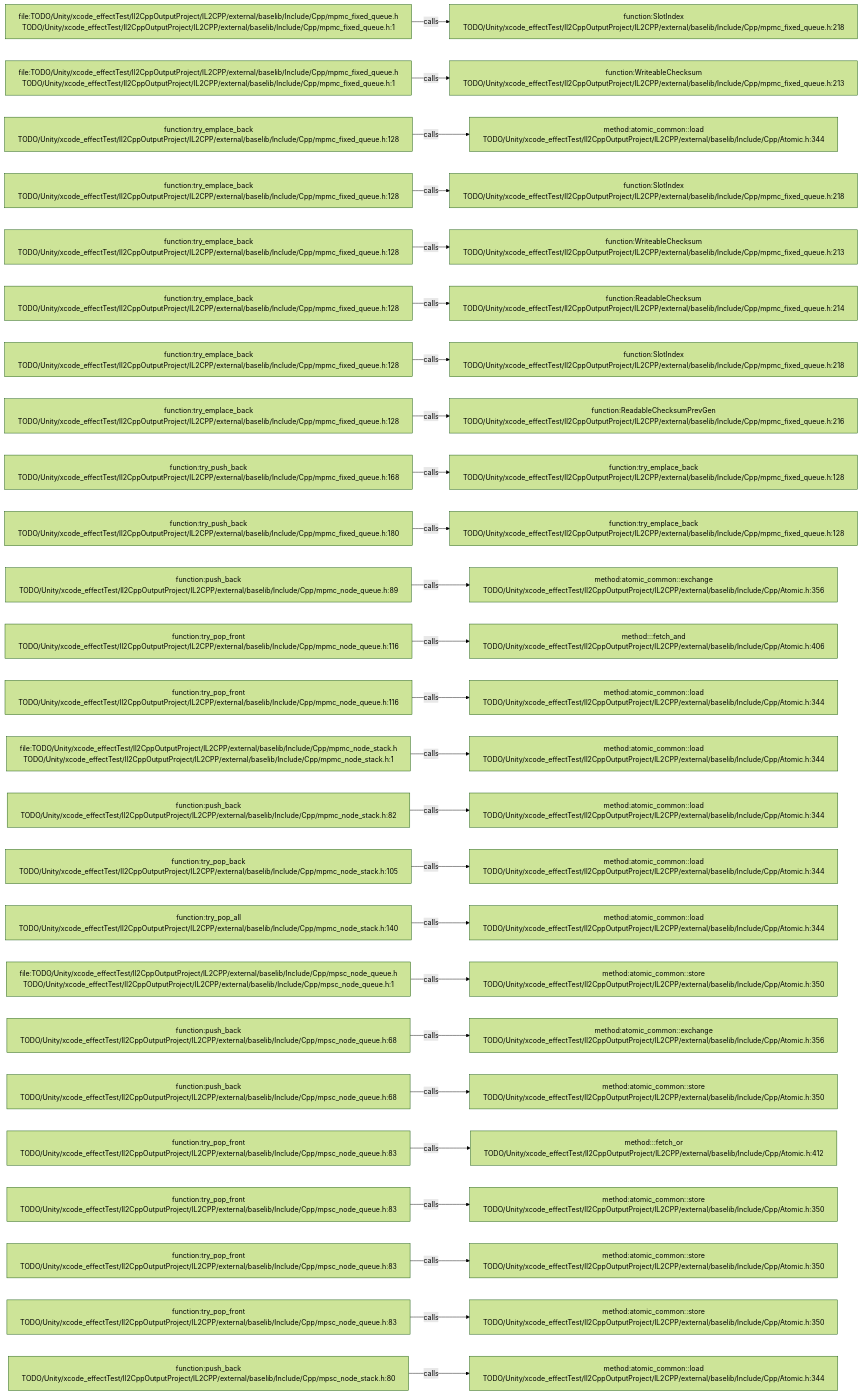
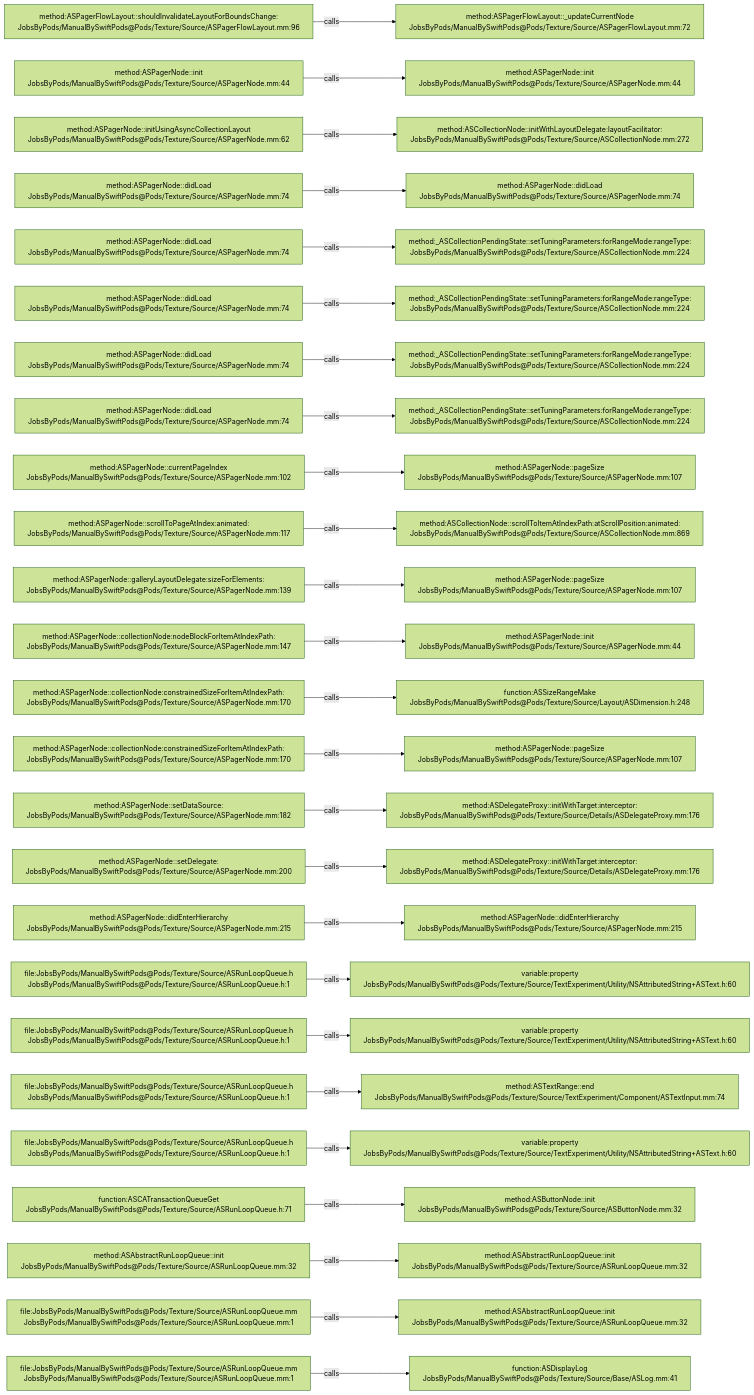
Before and after one commit to JobsKits/JobsSwiftBaseConfigDemo: the diagram in .codegraph/codegraph.md/graphs/calls-071.md, drawn with Mermaid (forest theme). The commit also changed 2959 other files, not shown here.

````diff
--- a/.codegraph/codegraph.md/graphs/calls-071.md
+++ b/.codegraph/codegraph.md/graphs/calls-071.md
@@ -13,78 +13,78 @@
 ```mermaid
 flowchart LR
-  S1["file:TODO/Unity/xcode_effectTest/Il2CppOutputProject/IL2CPP/external/baselib/Include/Cpp/mpmc_fixed_queue.h<br/>TODO/Unity/xcode_effectTest/Il2CppOutputProject/IL2CPP/external/baselib/Include/Cpp/mpmc_fixed_queue.h:1"]
-  T1["function:SlotIndex<br/>TODO/Unity/xcode_effectTest/Il2CppOutputProject/IL2CPP/external/baselib/Include/Cpp/mpmc_fixed_queue.h:218"]
+  S1["method:ASPagerFlowLayout::shouldInvalidateLayoutForBoundsChange:<br/>JobsByPods/ManualBySwiftPods@Pods/Texture/Source/ASPagerFlowLayout.mm:96"]
+  T1["method:ASPagerFlowLayout::_updateCurrentNode<br/>JobsByPods/ManualBySwiftPods@Pods/Texture/Source/ASPagerFlowLayout.mm:72"]
   S1 -->|calls| T1
-  S2["file:TODO/Unity/xcode_effectTest/Il2CppOutputProject/IL2CPP/external/baselib/Include/Cpp/mpmc_fixed_queue.h<br/>TODO/Unity/xcode_effectTest/Il2CppOutputProject/IL2CPP/external/baselib/Include/Cpp/mpmc_fixed_queue.h:1"]
-  T2["function:WriteableChecksum<br/>TODO/Unity/xcode_effectTest/Il2CppOutputProject/IL2CPP/external/baselib/Include/Cpp/mpmc_fixed_queue.h:213"]
+  S2["method:ASPagerNode::init<br/>JobsByPods/ManualBySwiftPods@Pods/Texture/Source/ASPagerNode.mm:44"]
+  T2["method:ASPagerNode::init<br/>JobsByPods/ManualBySwiftPods@Pods/Texture/Source/ASPagerNode.mm:44"]
   S2 -->|calls| T2
-  S3["function:try_emplace_back<br/>TODO/Unity/xcode_effectTest/Il2CppOutputProject/IL2CPP/external/baselib/Include/Cpp/mpmc_fixed_queue.h:128"]
-  T3["method:atomic_common::load<br/>TODO/Unity/xcode_effectTest/Il2CppOutputProject/IL2CPP/external/baselib/Include/Cpp/Atomic.h:344"]
+  S3["method:ASPagerNode::initUsingAsyncCollectionLayout<br/>JobsByPods/ManualBySwiftPods@Pods/Texture/Source/ASPagerNode.mm:62"]
+  T3["method:ASCollectionNode::initWithLayoutDelegate:layoutFacilitator:<br/>JobsByPods/ManualBySwiftPods@Pods/Texture/Source/ASCollectionNode.mm:272"]
   S3 -->|calls| T3
-  S4["function:try_emplace_back<br/>TODO/Unity/xcode_effectTest/Il2CppOutputProject/IL2CPP/external/baselib/Include/Cpp/mpmc_fixed_queue.h:128"]
-  T4["function:SlotIndex<br/>TODO/Unity/xcode_effectTest/Il2CppOutputProject/IL2CPP/external/baselib/Include/Cpp/mpmc_fixed_queue.h:218"]
+  S4["method:ASPagerNode::didLoad<br/>JobsByPods/ManualBySwiftPods@Pods/Texture/Source/ASPagerNode.mm:74"]
+  T4["method:ASPagerNode::didLoad<br/>JobsByPods/ManualBySwiftPods@Pods/Texture/Source/ASPagerNode.mm:74"]
   S4 -->|calls| T4
-  S5["function:try_emplace_back<br/>TODO/Unity/xcode_effectTest/Il2CppOutputProject/IL2CPP/external/baselib/Include/Cpp/mpmc_fixed_queue.h:128"]
-  T5["function:WriteableChecksum<br/>TODO/Unity/xcode_effectTest/Il2CppOutputProject/IL2CPP/external/baselib/Include/Cpp/mpmc_fixed_queue.h:213"]
+  S5["method:ASPagerNode::didLoad<br/>JobsByPods/ManualBySwiftPods@Pods/Texture/Source/ASPagerNode.mm:74"]
+  T5["method:_ASCollectionPendingState::setTuningParameters:forRangeMode:rangeType:<br/>JobsByPods/ManualBySwiftPods@Pods/Texture/Source/ASCollectionNode.mm:224"]
   S5 -->|calls| T5
-  S6["function:try_emplace_back<br/>TODO/Unity/xcode_effectTest/Il2CppOutputProject/IL2CPP/external/baselib/Include/Cpp/mpmc_fixed_queue.h:128"]
-  T6["function:ReadableChecksum<br/>TODO/Unity/xcode_effectTest/Il2CppOutputProject/IL2CPP/external/baselib/Include/Cpp/mpmc_fixed_queue.h:214"]
+  S6["method:ASPagerNode::didLoad<br/>JobsByPods/ManualBySwiftPods@Pods/Texture/Source/ASPagerNode.mm:74"]
+  T6["method:_ASCollectionPendingState::setTuningParameters:forRangeMode:rangeType:<br/>JobsByPods/ManualBySwiftPods@Pods/Texture/Source/ASCollectionNode.mm:224"]
   S6 -->|calls| T6
-  S7["function:try_emplace_back<br/>TODO/Unity/xcode_effectTest/Il2CppOutputProject/IL2CPP/external/baselib/Include/Cpp/mpmc_fixed_queue.h:128"]
-  T7["function:SlotIndex<br/>TODO/Unity/xcode_effectTest/Il2CppOutputProject/IL2CPP/external/baselib/Include/Cpp/mpmc_fixed_queue.h:218"]
+  S7["method:ASPagerNode::didLoad<br/>JobsByPods/ManualBySwiftPods@Pods/Texture/Source/ASPagerNode.mm:74"]
+  T7["method:_ASCollectionPendingState::setTuningParameters:forRangeMode:rangeType:<br/>JobsByPods/ManualBySwiftPods@Pods/Texture/Source/ASCollectionNode.mm:224"]
   S7 -->|calls| T7
-  S8["function:try_emplace_back<br/>TODO/Unity/xcode_effectTest/Il2CppOutputProject/IL2CPP/external/baselib/Include/Cpp/mpmc_fixed_queue.h:128"]
-  T8["function:ReadableChecksumPrevGen<br/>TODO/Unity/xcode_effectTest/Il2CppOutputProject/IL2CPP/external/baselib/Include/Cpp/mpmc_fixed_queue.h:216"]
+  S8["method:ASPagerNode::didLoad<br/>JobsByPods/ManualBySwiftPods@Pods/Texture/Source/ASPagerNode.mm:74"]
+  T8["method:_ASCollectionPendingState::setTuningParameters:forRangeMode:rangeType:<br/>JobsByPods/ManualBySwiftPods@Pods/Texture/Source/ASCollectionNode.mm:224"]
   S8 -->|calls| T8
-  S9["function:try_push_back<br/>TODO/Unity/xcode_effectTest/Il2CppOutputProject/IL2CPP/external/baselib/Include/Cpp/mpmc_fixed_queue.h:168"]
-  T9["function:try_emplace_back<br/>TODO/Unity/xcode_effectTest/Il2CppOutputProject/IL2CPP/external/baselib/Include/Cpp/mpmc_fixed_queue.h:128"]
+  S9["method:ASPagerNode::currentPageIndex<br/>JobsByPods/ManualBySwiftPods@Pods/Texture/Source/ASPagerNode.mm:102"]
+  T9["method:ASPagerNode::pageSize<br/>JobsByPods/ManualBySwiftPods@Pods/Texture/Source/ASPagerNode.mm:107"]
   S9 -->|calls| T9
-  S10["function:try_push_back<br/>TODO/Unity/xcode_effectTest/Il2CppOutputProject/IL2CPP/external/baselib/Include/Cpp/mpmc_fixed_queue.h:180"]
-  T10["function:try_emplace_back<br/>TODO/Unity/xcode_effectTest/Il2CppOutputProject/IL2CPP/external/baselib/Include/Cpp/mpmc_fixed_queue.h:128"]
+  S10["method:ASPagerNode::scrollToPageAtIndex:animated:<br/>JobsByPods/ManualBySwiftPods@Pods/Texture/Source/ASPagerNode.mm:117"]
+  T10["method:ASCollectionNode::scrollToItemAtIndexPath:atScrollPosition:animated:<br/>JobsByPods/ManualBySwiftPods@Pods/Texture/Source/ASCollectionNode.mm:869"]
   S10 -->|calls| T10
-  S11["function:push_back<br/>TODO/Unity/xcode_effectTest/Il2CppOutputProject/IL2CPP/external/baselib/Include/Cpp/mpmc_node_queue.h:89"]
-  T11["method:atomic_common::exchange<br/>TODO/Unity/xcode_effectTest/Il2CppOutputProject/IL2CPP/external/baselib/Include/Cpp/Atomic.h:356"]
+  S11["method:ASPagerNode::galleryLayoutDelegate:sizeForElements:<br/>JobsByPods/ManualBySwiftPods@Pods/Texture/Source/ASPagerNode.mm:139"]
+  T11["method:ASPagerNode::pageSize<br/>JobsByPods/ManualBySwiftPods@Pods/Texture/Source/ASPagerNode.mm:107"]
   S11 -->|calls| T11
-  S12["function:try_pop_front<br/>TODO/Unity/xcode_effectTest/Il2CppOutputProject/IL2CPP/external/baselib/Include/Cpp/mpmc_node_queue.h:116"]
-  T12["method:<anonymous>::fetch_and<br/>TODO/Unity/xcode_effectTest/Il2CppOutputProject/IL2CPP/external/baselib/Include/Cpp/Atomic.h:406"]
+  S12["method:ASPagerNode::collectionNode:nodeBlockForItemAtIndexPath:<br/>JobsByPods/ManualBySwiftPods@Pods/Texture/Source/ASPagerNode.mm:147"]
+  T12["method:ASPagerNode::init<br/>JobsByPods/ManualBySwiftPods@Pods/Texture/Source/ASPagerNode.mm:44"]
   S12 -->|calls| T12
-  S13["function:try_pop_front<br/>TODO/Unity/xcode_effectTest/Il2CppOutputProject/IL2CPP/external/baselib/Include/Cpp/mpmc_node_queue.h:116"]
-  T13["method:atomic_common::load<br/>TODO/Unity/xcode_effectTest/Il2CppOutputProject/IL2CPP/external/baselib/Include/Cpp/Atomic.h:344"]
+  S13["method:ASPagerNode::collectionNode:constrainedSizeForItemAtIndexPath:<br/>JobsByPods/ManualBySwiftPods@Pods/Texture/Source/ASPagerNode.mm:170"]
+  T13["function:ASSizeRangeMake<br/>JobsByPods/ManualBySwiftPods@Pods/Texture/Source/Layout/ASDimension.h:248"]
   S13 -->|calls| T13
-  S14["file:TODO/Unity/xcode_effectTest/Il2CppOutputProject/IL2CPP/external/baselib/Include/Cpp/mpmc_node_stack.h<br/>TODO/Unity/xcode_effectTest/Il2CppOutputProject/IL2CPP/external/baselib/Include/Cpp/mpmc_node_stack.h:1"]
-  T14["method:atomic_common::load<br/>TODO/Unity/xcode_effectTest/Il2CppOutputProject/IL2CPP/external/baselib/Include/Cpp/Atomic.h:344"]
+  S14["method:ASPagerNode::collectionNode:constrainedSizeForItemAtIndexPath:<br/>JobsByPods/ManualBySwiftPods@Pods/Texture/Source/ASPagerNode.mm:170"]
+  T14["method:ASPagerNode::pageSize<br/>JobsByPods/ManualBySwiftPods@Pods/Texture/Source/ASPagerNode.mm:107"]
   S14 -->|calls| T14
-  S15["function:push_back<br/>TODO/Unity/xcode_effectTest/Il2CppOutputProject/IL2CPP/external/baselib/Include/Cpp/mpmc_node_stack.h:82"]
-  T15["method:atomic_common::load<br/>TODO/Unity/xcode_effectTest/Il2CppOutputProject/IL2CPP/external/baselib/Include/Cpp/Atomic.h:344"]
+  S15["method:ASPagerNode::setDataSource:<br/>JobsByPods/ManualBySwiftPods@Pods/Texture/Source/ASPagerNode.mm:182"]
+  T15["method:ASDelegateProxy::initWithTarget:interceptor:<br/>JobsByPods/ManualBySwiftPods@Pods/Texture/Source/Details/ASDelegateProxy.mm:176"]
   S15 -->|calls| T15
-  S16["function:try_pop_back<br/>TODO/Unity/xcode_effectTest/Il2CppOutputProject/IL2CPP/external/baselib/Include/Cpp/mpmc_node_stack.h:105"]
-  T16["method:atomic_common::load<br/>TODO/Unity/xcode_effectTest/Il2CppOutputProject/IL2CPP/external/baselib/Include/Cpp/Atomic.h:344"]
+  S16["method:ASPagerNode::setDelegate:<br/>JobsByPods/ManualBySwiftPods@Pods/Texture/Source/ASPagerNode.mm:200"]
+  T16["method:ASDelegateProxy::initWithTarget:interceptor:<br/>JobsByPods/ManualBySwiftPods@Pods/Texture/Source/Details/ASDelegateProxy.mm:176"]
   S16 -->|calls| T16
-  S17["function:try_pop_all<br/>TODO/Unity/xcode_effectTest/Il2CppOutputProject/IL2CPP/external/baselib/Include/Cpp/mpmc_node_stack.h:140"]
-  T17["method:atomic_common::load<br/>TODO/Unity/xcode_effectTest/Il2CppOutputProject/IL2CPP/external/baselib/Include/Cpp/Atomic.h:344"]
+  S17["method:ASPagerNode::didEnterHierarchy<br/>JobsByPods/ManualBySwiftPods@Pods/Texture/Source/ASPagerNode.mm:215"]
+  T17["method:ASPagerNode::didEnterHierarchy<br/>JobsByPods/ManualBySwiftPods@Pods/Texture/Source/ASPagerNode.mm:215"]
   S17 -->|calls| T17
-  S18["file:TODO/Unity/xcode_effectTest/Il2CppOutputProject/IL2CPP/external/baselib/Include/Cpp/mpsc_node_queue.h<br/>TODO/Unity/xcode_effectTest/Il2CppOutputProject/IL2CPP/external/baselib/Include/Cpp/mpsc_node_queue.h:1"]
-  T18["method:atomic_common::store<br/>TODO/Unity/xcode_effectTest/Il2CppOutputProject/IL2CPP/external/baselib/Include/Cpp/Atomic.h:350"]
+  S18["file:JobsByPods/ManualBySwiftPods@Pods/Texture/Source/ASRunLoopQueue.h<br/>JobsByPods/ManualBySwiftPods@Pods/Texture/Source/ASRunLoopQueue.h:1"]
+  T18["variable:property<br/>JobsByPods/ManualBySwiftPods@Pods/Texture/Source/TextExperiment/Utility/NSAttributedString+ASText.h:60"]
   S18 -->|calls| T18
-  S19["function:push_back<br/>TODO/Unity/xcode_effectTest/Il2CppOutputProject/IL2CPP/external/baselib/Include/Cpp/mpsc_node_queue.h:68"]
-  T19["method:atomic_common::exchange<br/>TODO/Unity/xcode_effectTest/Il2CppOutputProject/IL2CPP/external/baselib/Include/Cpp/Atomic.h:356"]
+  S19["file:JobsByPods/ManualBySwiftPods@Pods/Texture/Source/ASRunLoopQueue.h<br/>JobsByPods/ManualBySwiftPods@Pods/Texture/Source/ASRunLoopQueue.h:1"]
+  T19["variable:property<br/>JobsByPods/ManualBySwiftPods@Pods/Texture/Source/TextExperiment/Utility/NSAttributedString+ASText.h:60"]
   S19 -->|calls| T19
-  S20["function:push_back<br/>TODO/Unity/xcode_effectTest/Il2CppOutputProject/IL2CPP/external/baselib/Include/Cpp/mpsc_node_queue.h:68"]
-  T20["method:atomic_common::store<br/>TODO/Unity/xcode_effectTest/Il2CppOutputProject/IL2CPP/external/baselib/Include/Cpp/Atomic.h:350"]
+  S20["file:JobsByPods/ManualBySwiftPods@Pods/Texture/Source/ASRunLoopQueue.h<br/>JobsByPods/ManualBySwiftPods@Pods/Texture/Source/ASRunLoopQueue.h:1"]
+  T20["method:ASTextRange::end<br/>JobsByPods/ManualBySwiftPods@Pods/Texture/Source/TextExperiment/Component/ASTextInput.mm:74"]
   S20 -->|calls| T20
-  S21["function:try_pop_front<br/>TODO/Unity/xcode_effectTest/Il2CppOutputProject/IL2CPP/external/baselib/Include/Cpp/mpsc_node_queue.h:83"]
-  T21["method:<anonymous>::fetch_or<br/>TODO/Unity/xcode_effectTest/Il2CppOutputProject/IL2CPP/external/baselib/Include/Cpp/Atomic.h:412"]
+  S21["file:JobsByPods/ManualBySwiftPods@Pods/Texture/Source/ASRunLoopQueue.h<br/>JobsByPods/ManualBySwiftPods@Pods/Texture/Source/ASRunLoopQueue.h:1"]
+  T21["variable:property<br/>JobsByPods/ManualBySwiftPods@Pods/Texture/Source/TextExperiment/Utility/NSAttributedString+ASText.h:60"]
   S21 -->|calls| T21
-  S22["function:try_pop_front<br/>TODO/Unity/xcode_effectTest/Il2CppOutputProject/IL2CPP/external/baselib/Include/Cpp/mpsc_node_queue.h:83"]
-  T22["method:atomic_common::store<br/>TODO/Unity/xcode_effectTest/Il2CppOutputProject/IL2CPP/external/baselib/Include/Cpp/Atomic.h:350"]
+  S22["function:ASCATransactionQueueGet<br/>JobsByPods/ManualBySwiftPods@Pods/Texture/Source/ASRunLoopQueue.h:71"]
+  T22["method:ASButtonNode::init<br/>JobsByPods/ManualBySwiftPods@Pods/Texture/Source/ASButtonNode.mm:32"]
   S22 -->|calls| T22
-  S23["function:try_pop_front<br/>TODO/Unity/xcode_effectTest/Il2CppOutputProject/IL2CPP/external/baselib/Include/Cpp/mpsc_node_queue.h:83"]
-  T23["method:atomic_common::store<br/>TODO/Unity/xcode_effectTest/Il2CppOutputProject/IL2CPP/external/baselib/Include/Cpp/Atomic.h:350"]
+  S23["method:ASAbstractRunLoopQueue::init<br/>JobsByPods/ManualBySwiftPods@Pods/Texture/Source/ASRunLoopQueue.mm:32"]
+  T23["method:ASAbstractRunLoopQueue::init<br/>JobsByPods/ManualBySwiftPods@Pods/Texture/Source/ASRunLoopQueue.mm:32"]
   S23 -->|calls| T23
-  S24["function:try_pop_front<br/>TODO/Unity/xcode_effectTest/Il2CppOutputProject/IL2CPP/external/baselib/Include/Cpp/mpsc_node_queue.h:83"]
-  T24["method:atomic_common::store<br/>TODO/Unity/xcode_effectTest/Il2CppOutputProject/IL2CPP/external/baselib/Include/Cpp/Atomic.h:350"]
+  S24["file:JobsByPods/ManualBySwiftPods@Pods/Texture/Source/ASRunLoopQueue.mm<br/>JobsByPods/ManualBySwiftPods@Pods/Texture/Source/ASRunLoopQueue.mm:1"]
+  T24["method:ASAbstractRunLoopQueue::init<br/>JobsByPods/ManualBySwiftPods@Pods/Texture/Source/ASRunLoopQueue.mm:32"]
   S24 -->|calls| T24
-  S25["function:push_back<br/>TODO/Unity/xcode_effectTest/Il2CppOutputProject/IL2CPP/external/baselib/Include/Cpp/mpsc_node_stack.h:80"]
-  T25["method:atomic_common::load<br/>TODO/Unity/xcode_effectTest/Il2CppOutputProject/IL2CPP/external/baselib/Include/Cpp/Atomic.h:344"]
+  S25["file:JobsByPods/ManualBySwiftPods@Pods/Texture/Source/ASRunLoopQueue.mm<br/>JobsByPods/ManualBySwiftPods@Pods/Texture/Source/ASRunLoopQueue.mm:1"]
+  T25["function:ASDisplayLog<br/>JobsByPods/ManualBySwiftPods@Pods/Texture/Source/Base/ASLog.mm:41"]
   S25 -->|calls| T25
 ```
````
